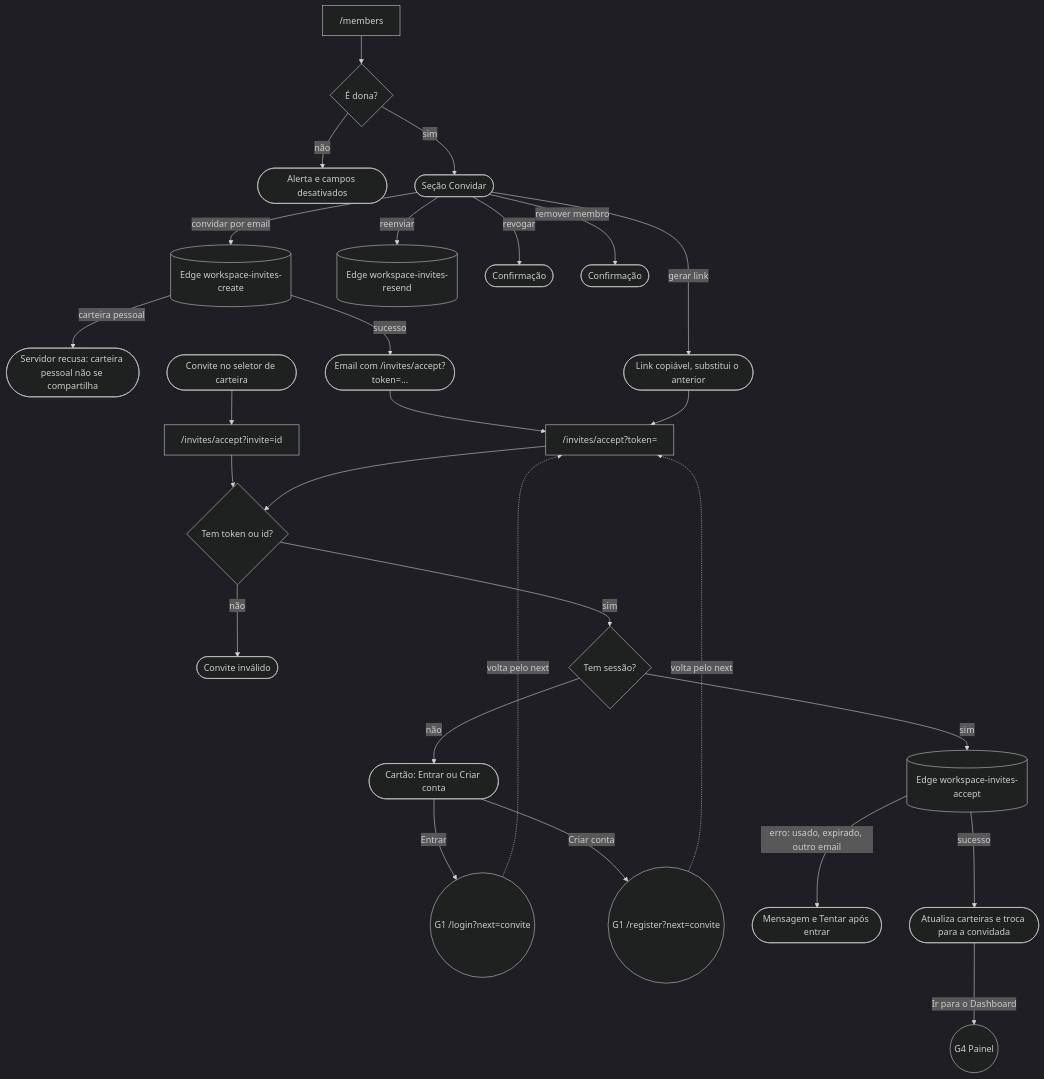
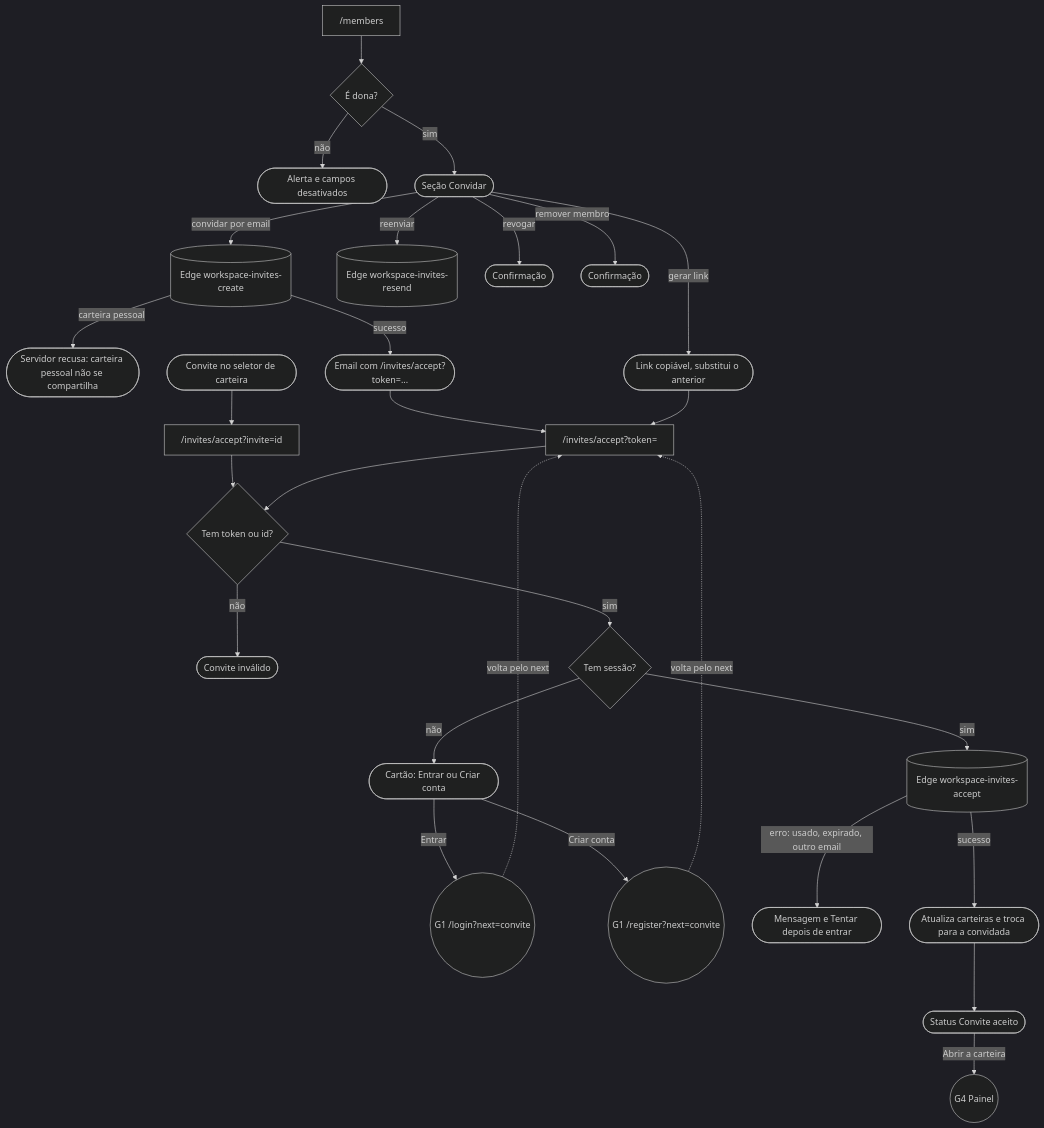
Before and after one commit to kauax2000/finance_app: the fifth of 14 diagrams in docs/JORNADAS.md, drawn with Mermaid. The commit also changed other lines of this file and 3 other files, not shown here.

Commit message:
docs(jornadas): reenviar, next na recuperação e status de convite

````diff
--- a/docs/JORNADAS.md
+++ b/docs/JORNADAS.md
@@ -230,31 +237,32 @@
 ```mermaid
 %%{init: {"theme": "dark"}}%%
 flowchart TD
     members["/members"] --> isOwner{"É dona?"}
     isOwner -->|"não"| readonly(["Alerta e campos desativados"])
     isOwner -->|"sim"| actions(["Seção Convidar"])
     actions -->|"convidar por email"| create[("Edge workspace-invites-create")]
     create -->|"carteira pessoal"| rejected(["Servidor recusa: carteira pessoal não se compartilha"])
     create -->|"sucesso"| mail(["Email com /invites/accept?token=..."])
     actions -->|"gerar link"| link(["Link copiável, substitui o anterior"])
     actions -->|"reenviar"| resend[("Edge workspace-invites-resend")]
     actions -->|"revogar"| revoke(["Confirmação"])
     actions -->|"remover membro"| remove(["Confirmação"])
 
     mail --> acceptPage["/invites/accept?token="]
     link --> acceptPage
     picker(["Convite no seletor de carteira"]) --> acceptById["/invites/accept?invite=id"]
     acceptById --> hasToken
     acceptPage --> hasToken{"Tem token ou id?"}
     hasToken -->|"não"| invalid(["Convite inválido"])
     hasToken -->|"sim"| logged{"Tem sessão?"}
     logged -->|"não"| gate(["Cartão: Entrar ou Criar conta"])
     gate -->|"Entrar"| login(("G1 /login?next=convite"))
     gate -->|"Criar conta"| register(("G1 /register?next=convite"))
     login -.->|"volta pelo next"| acceptPage
     register -.->|"volta pelo next"| acceptPage
     logged -->|"sim"| acceptFn[("Edge workspace-invites-accept")]
-    acceptFn -->|"erro: usado, expirado, outro email"| fail(["Mensagem e Tentar após entrar"])
+    acceptFn -->|"erro: usado, expirado, outro email"| fail(["Mensagem e Tentar depois de entrar"])
     acceptFn -->|"sucesso"| switched(["Atualiza carteiras e troca para a convidada"])
-    switched -->|"Ir para o Dashboard"| dash(("G4 Painel"))
+    switched --> accepted(["Status Convite aceito"])
+    accepted -->|"Abrir a carteira"| dash(("G4 Painel"))
 ```
````
